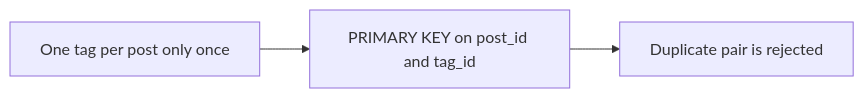
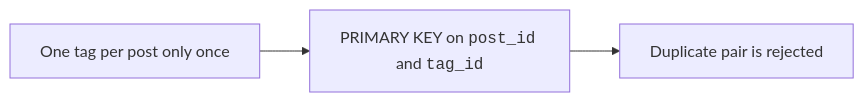
Before and after one commit to dataslope/dataslope: the sixth of 6 diagrams in content/learn/database-design-postgresql/case-study-blog.mdx, drawn with Mermaid. The commit also changed other lines of this file and 153 other files, not shown here.

First line of the commit message:
Render code-only mermaid shapes in monospace; convert step sequences to Steps

````diff
--- a/content/learn/database-design-postgresql/case-study-blog.mdx
+++ b/content/learn/database-design-postgresql/case-study-blog.mdx
@@ -249,5 +249,5 @@
 ```mermaid
 flowchart LR
-    Rule["One tag per post only once"] --> Key["PRIMARY KEY on post_id and tag_id"]
+    Rule["One tag per post only once"] --> Key["PRIMARY KEY on <code>post_id</code> and <code>tag_id</code>"]
     Key --> Reject["Duplicate pair is rejected"]
 ```
````
